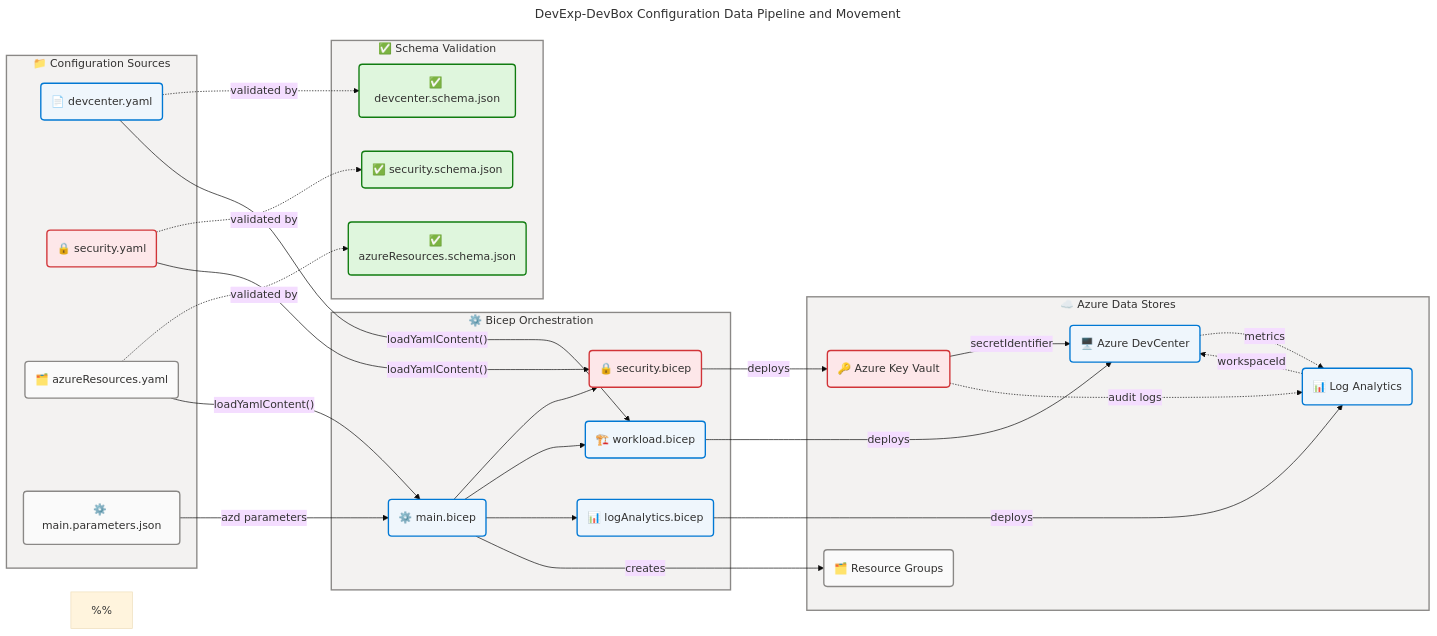
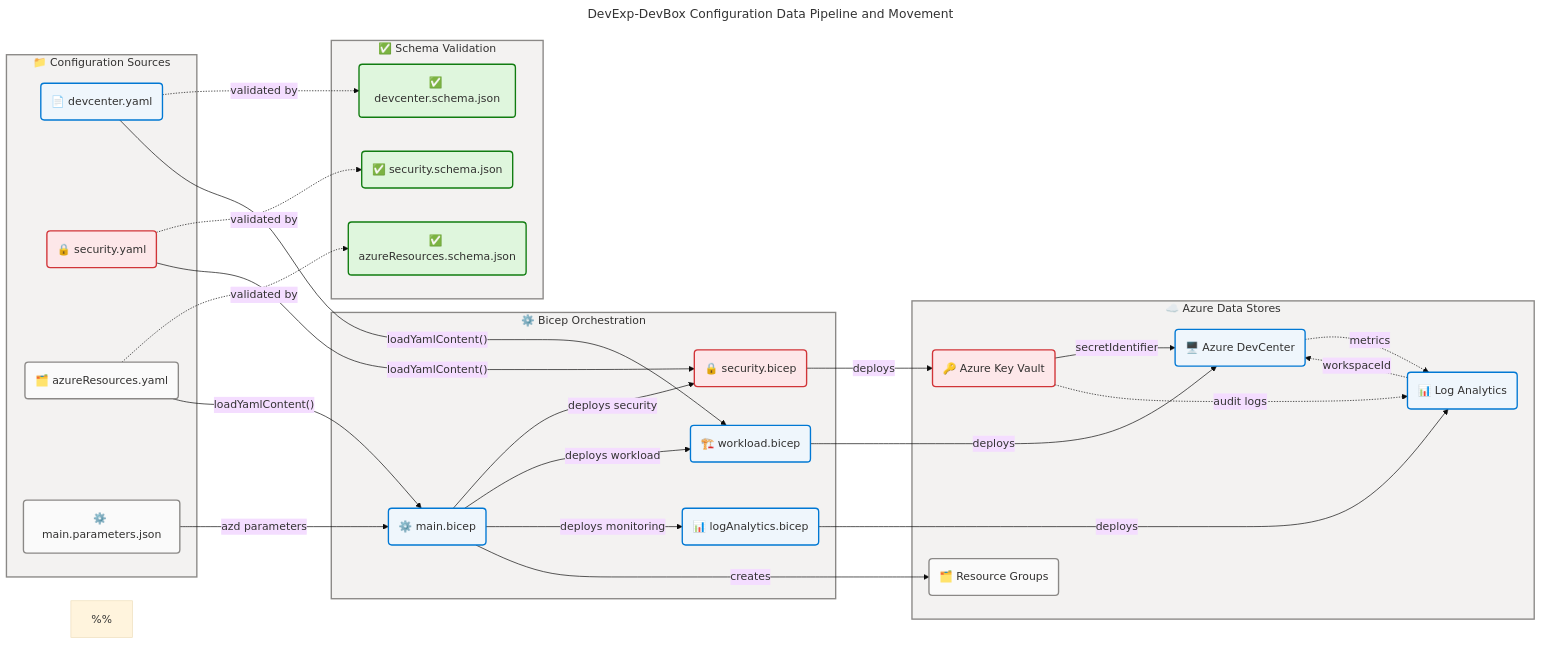
Before and after one commit to Evilazaro/DevExp-DevBox: the second of 3 diagrams in docs/architecture/data-arch.md, drawn with Mermaid. The commit also changed other lines of this file and 3 other files, not shown here.

First line of the commit message:
Enhance architecture documentation with detailed descriptions and WCAG compliance

```diff
--- a/docs/architecture/data-arch.md
+++ b/docs/architecture/data-arch.md
@@ -417,7 +430,7 @@
 ---
 flowchart LR
     accTitle: DevExp-DevBox Configuration Data Pipeline and Movement
-    accDescr: Shows the data flow from YAML configuration files through JSON Schema validation and Bicep orchestration modules to Azure resource deployment. Includes secret injection flow from GitHub PAT through Key Vault to DevCenter catalog authentication, and monitoring data flow from Azure resources to Log Analytics Workspace via diagnostic settings.
+    accDescr: Shows the data flow from YAML configuration files through JSON Schema validation and Bicep orchestration modules to Azure resource deployment. Includes secret injection flow from GitHub PAT through Key Vault to DevCenter catalog authentication, and monitoring data flow from Azure resources to Log Analytics Workspace via diagnostic settings. Nodes: YAMLDC=core, YAMLSEC=danger, YAMLRG=neutral, PJSON=neutral, SCHEMDC=success, SCHEMSEC=success, SCHEMRG=success, MAIN=core, SECMOD=danger, WORKMOD=core, MONMOD=core, KEYVAULT=danger, LOGANALYTICS=core, DEVCENTER=core, RESOURCEGROUPS=neutral. WCAG AA compliant.
 
     %%
     %% AZURE / FLUENT ARCHITECTURE PATTERN v2.0
@@ -466,9 +479,9 @@
     YAMLRG -->|"loadYamlContent()"| MAIN
     PJSON -->|"azd parameters"| MAIN
 
-    MAIN --> SECMOD
-    MAIN --> WORKMOD
-    MAIN --> MONMOD
+    MAIN -->|deploys security| SECMOD
+    MAIN -->|deploys workload| WORKMOD
+    MAIN -->|deploys monitoring| MONMOD
 
     SECMOD -->|"deploys"| KEYVAULT
     WORKMOD -->|"deploys"| DEVCENTER
```
